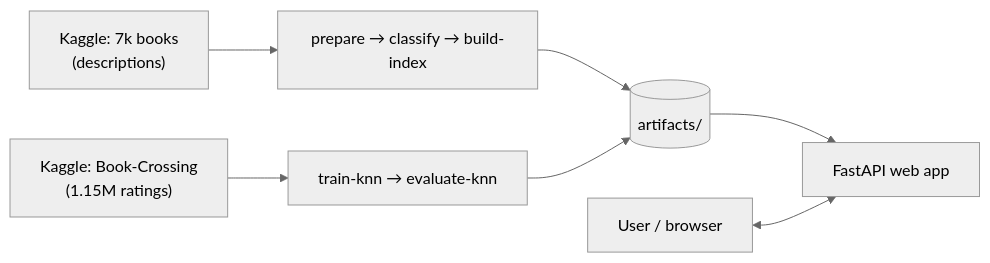
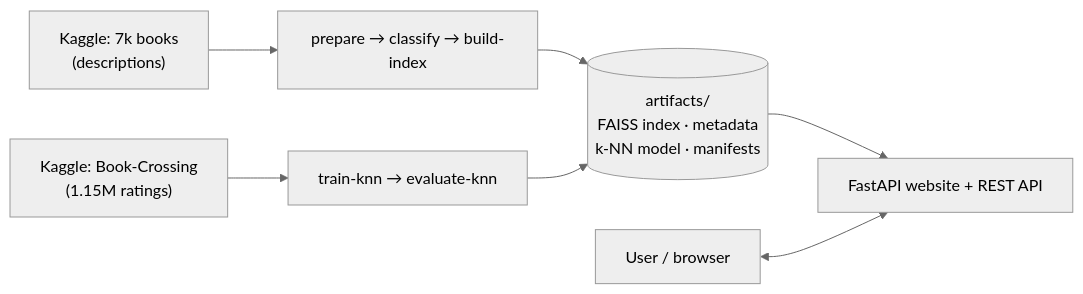
Before and after one commit to YogitaPatil5/hybrid_book_recommender: the first of 2 diagrams in README.md, drawn with Mermaid (neutral theme). The commit also changed other lines of this file and 13 other files, not shown here.

````diff
--- a/README.md
+++ b/README.md
@@ -30,9 +49,9 @@
 ```mermaid
 flowchart LR
     K1["Kaggle: 7k books<br/>(descriptions)"] --> P1["prepare → classify → build-index"]
     K2["Kaggle: Book-Crossing<br/>(1.15M ratings)"] --> P2["train-knn → evaluate-knn"]
-    P1 --> A[("artifacts/")]
+    P1 --> A[("artifacts/<br/>FAISS index · metadata<br/>k-NN model · manifests")]
     P2 --> A
-    A --> API["FastAPI web app"]
+    A --> API["FastAPI website + REST API"]
     U["User / browser"] <--> API
 ```
````
